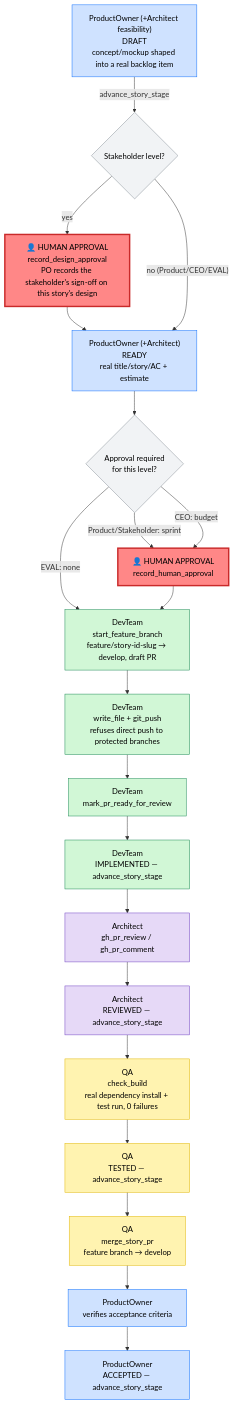
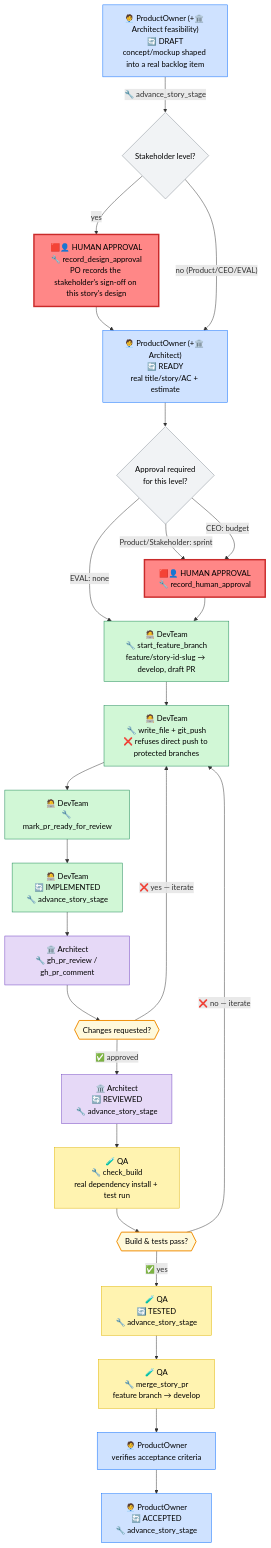
Before and after one commit to CI-Till-Krempel/Horseless-Carriage: the second of 2 diagrams in docs/DEVELOPMENT-WORKFLOW.md, drawn with Mermaid. The commit also changed other lines of this file, not shown here.

First line of the commit message:
Add icon vocabulary and loop shapes to the workflow diagram

````diff
--- a/docs/DEVELOPMENT-WORKFLOW.md
+++ b/docs/DEVELOPMENT-WORKFLOW.md
@@ -65,32 +68,37 @@
 ```mermaid
 flowchart TD
-    Draft["ProductOwner (+Architect feasibility)\nDRAFT\nconcept/mockup shaped into a real backlog item"]:::po
-    Draft -->|"advance_story_stage"| GateReady{"Stakeholder level?"}:::gate
-    GateReady -- yes --> Design["👤 HUMAN APPROVAL\nrecord_design_approval\nPO records the stakeholder's sign-off on this story's design"]:::human
+    Draft["🧑‍💼 ProductOwner (+🏛️ Architect feasibility)\n🔄 DRAFT\nconcept/mockup shaped into a real backlog item"]:::po
+    Draft -->|"🔧 advance_story_stage"| GateReady{"Stakeholder level?"}:::gate
+    GateReady -- yes --> Design["🟥👤 HUMAN APPROVAL\n🔧 record_design_approval\nPO records the stakeholder's sign-off on this story's design"]:::human
     Design --> Ready
-    GateReady -- "no (Product/CEO/EVAL)" --> Ready["ProductOwner (+Architect)\nREADY\nreal title/story/AC + estimate"]:::po
+    GateReady -- "no (Product/CEO/EVAL)" --> Ready["🧑‍💼 ProductOwner (+🏛️ Architect)\n🔄 READY\nreal title/story/AC + estimate"]:::po
     Ready --> GateImpl{"Approval required\nfor this level?"}:::gate
-    GateImpl -- "Product/Stakeholder: sprint" --> Approve1["👤 HUMAN APPROVAL\nrecord_human_approval"]:::human
+    GateImpl -- "Product/Stakeholder: sprint" --> Approve1["🟥👤 HUMAN APPROVAL\n🔧 record_human_approval"]:::human
     GateImpl -- "CEO: budget" --> Approve1
     GateImpl -- "EVAL: none" --> Branch
-    Approve1 --> Branch["DevTeam\nstart_feature_branch\nfeature/story-id-slug → develop, draft PR"]:::dev
-    Branch --> Code["DevTeam\nwrite_file + git_push\nrefuses direct push to protected branches"]:::dev
-    Code --> PRReady["DevTeam\nmark_pr_ready_for_review"]:::dev
-    PRReady --> Impl["DevTeam\nIMPLEMENTED — advance_story_stage"]:::dev
-    Impl --> ArchReview["Architect\ngh_pr_review / gh_pr_comment"]:::arch
-    ArchReview --> Reviewed["Architect\nREVIEWED — advance_story_stage"]:::arch
-    Reviewed --> Build["QA\ncheck_build\nreal dependency install + test run, 0 failures"]:::qa
-    Build --> Tested["QA\nTESTED — advance_story_stage"]:::qa
-    Tested --> Merge["QA\nmerge_story_pr\nfeature branch → develop"]:::qa
-    Merge --> Verify["ProductOwner\nverifies acceptance criteria"]:::po
-    Verify --> Accepted["ProductOwner\nACCEPTED — advance_story_stage"]:::po
+    Approve1 --> Branch["🧑‍💻 DevTeam\n🔧 start_feature_branch\nfeature/story-id-slug → develop, draft PR"]:::dev
+    Branch --> Code["🧑‍💻 DevTeam\n🔧 write_file + git_push\n❌ refuses direct push to protected branches"]:::dev
+    Code --> PRReady["🧑‍💻 DevTeam\n🔧 mark_pr_ready_for_review"]:::dev
+    PRReady --> Impl["🧑‍💻 DevTeam\n🔄 IMPLEMENTED\n🔧 advance_story_stage"]:::dev
+    Impl --> ArchReview["🏛️ Architect\n🔧 gh_pr_review / gh_pr_comment"]:::arch
+    ArchReview --> ArchGate{{"Changes requested?"}}:::loop
+    ArchGate -- "❌ yes — iterate" --> Code
+    ArchGate -- "✅ approved" --> Reviewed["🏛️ Architect\n🔄 REVIEWED\n🔧 advance_story_stage"]:::arch
+    Reviewed --> Build["🧪 QA\n🔧 check_build\nreal dependency install + test run"]:::qa
+    Build --> BuildGate{{"Build & tests pass?"}}:::loop
+    BuildGate -- "❌ no — iterate" --> Code
+    BuildGate -- "✅ yes" --> Tested["🧪 QA\n🔄 TESTED\n🔧 advance_story_stage"]:::qa
+    Tested --> Merge["🧪 QA\n🔧 merge_story_pr\nfeature branch → develop"]:::qa
+    Merge --> Verify["🧑‍💼 ProductOwner\nverifies acceptance criteria"]:::po
+    Verify --> Accepted["🧑‍💼 ProductOwner\n🔄 ACCEPTED\n🔧 advance_story_stage"]:::po
 
     classDef po fill:#cfe2ff,stroke:#0d6efd,color:#000
     classDef sm fill:#ffe0b3,stroke:#fd7e14,color:#000
     classDef dev fill:#d1f7d6,stroke:#198754,color:#000
     classDef arch fill:#e6d9f7,stroke:#6f42c1,color:#000
     classDef qa fill:#fff3b0,stroke:#e0b400,color:#000
     classDef qg fill:#e8d0b3,stroke:#8b5a2b,color:#000
     classDef human fill:#ff8787,stroke:#c92a2a,stroke-width:3px,color:#000
     classDef gate fill:#f1f3f5,stroke:#868e96,color:#000
+    classDef loop fill:#fff9db,stroke:#f08c00,stroke-width:2px,color:#000
 ```
````
